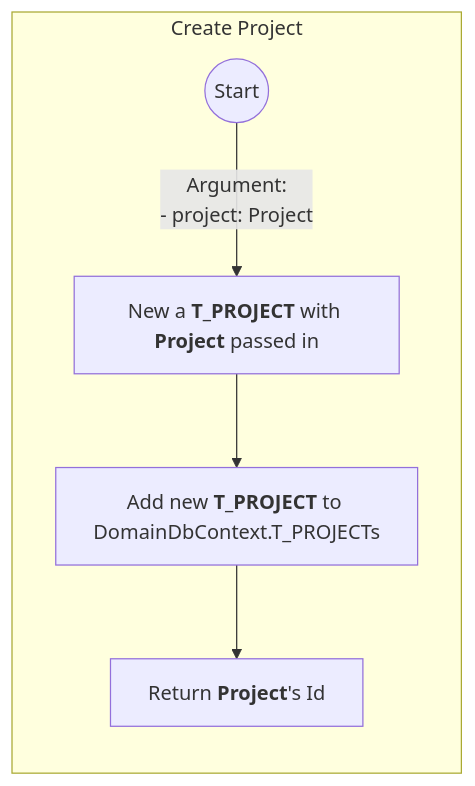
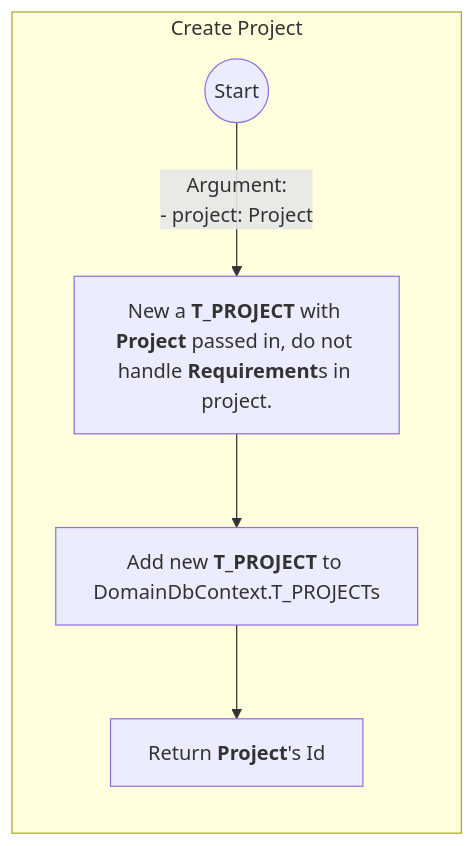
The first of 3 diagrams in AI/Repository/ProjectRepository.md (sdlfly2000/DomainBasedDesigner), drawn with Mermaid before and after one commit. The commit also changed other lines of this file and 3 other files, not shown here.

````diff
--- a/AI/Repository/ProjectRepository.md
+++ b/AI/Repository/ProjectRepository.md
@@ -32,11 +32,11 @@
     ```mermaid
         graph TB
             subgraph main [Create Project]
                 direction TB
                 start(("Start")) -->
                 |Argument: 
-                - project: Project| newProject["`New a **T_PROJECT** with **Project** passed in`"] -->
+                - project: Project| newProject["`New a **T_PROJECT** with **Project** passed in, do not handle **Requirement**s in project.`"] -->
                 addProjectToDb["`Add new **T_PROJECT** to DomainDbContext.T_PROJECTs`"] -->
                 return["`Return **Project**'s Id`"]
             end
     ```
````
